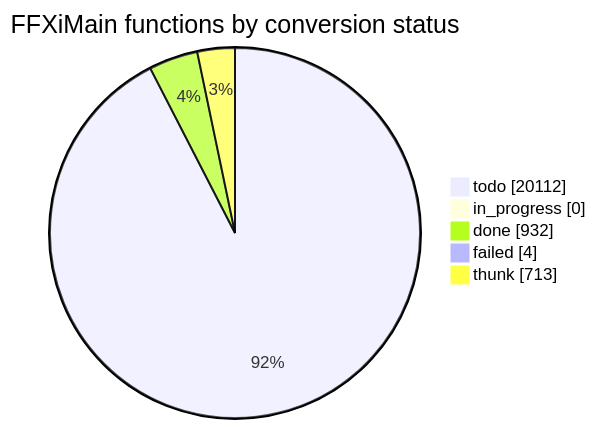
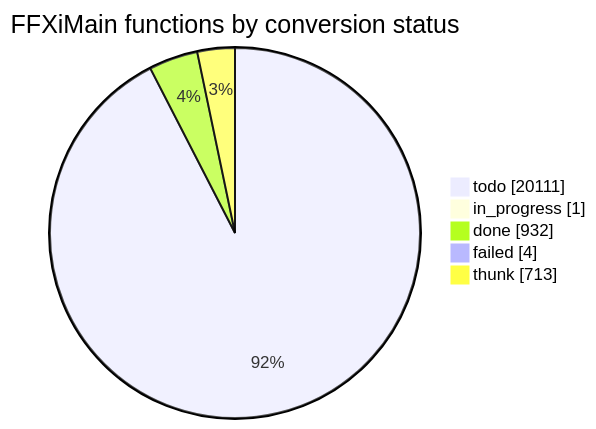
Before and after one commit to cowrevenge/cow_kuluu_xi_anything: the diagram in docs/cow/STATUS.md, drawn with Mermaid. The commit also changed other lines of this file and 7 other files, not shown here.

````diff
--- a/docs/cow/STATUS.md
+++ b/docs/cow/STATUS.md
@@ -18,9 +18,9 @@
 ```mermaid
 pie showData
     title FFXiMain functions by conversion status
-    "todo" : 20112
-    "in_progress" : 0
+    "todo" : 20111
+    "in_progress" : 1
     "done" : 932
     "failed" : 4
     "thunk" : 713
 ```
````
